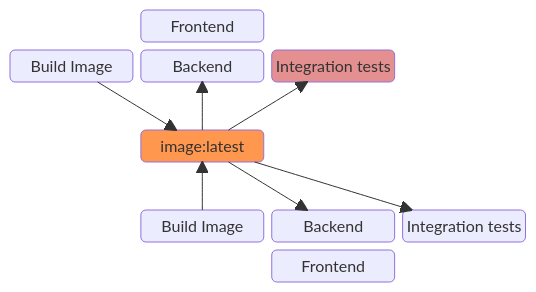
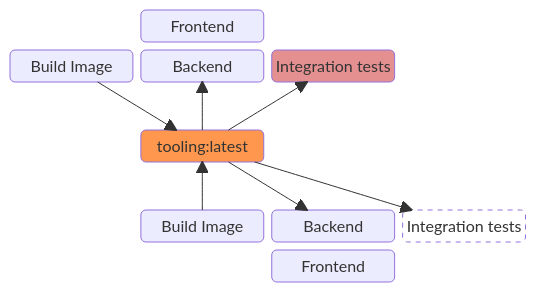
Before and after one commit to Raniz85/talks_pipeline-antipatterns: the third of 3 diagrams in pages/interference.md, drawn with Mermaid. The commit also changed other lines of this file, not shown here.

Commit message:
Make the illustrations for intereferance better

````diff
--- a/pages/interference.md
+++ b/pages/interference.md
@@ -58,22 +61,24 @@
 ```mermaid { theme: 'forest' }
 block-beta
     columns 4
     space 1f("Frontend") space:2
     1bi("Build Image") 1b("Backend") 1it("Integration tests") space
     space:4
-    space r("image:latest") space:2
+    space r("tooling:latest") space:2
     space:4
     space 2bi("Build Image") 2b("Backend") 2it("Integration tests")
     space:2 2f("Frontend") space
     
     1bi-->r
     2bi-->r
     r-->1b
     r-->1it
     r-->2b
     r-->2it
     
     style r fill: #ff984e
     classDef failed fill: #e49091
     class 1it failed
+    classDef pending stroke-dasharray: 5 5, fill: #ffffff
+    class 2it pending
 ```
````
